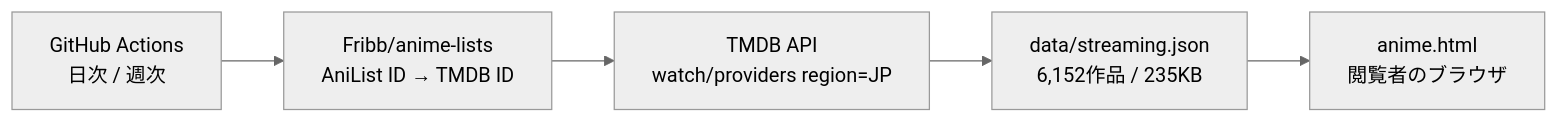
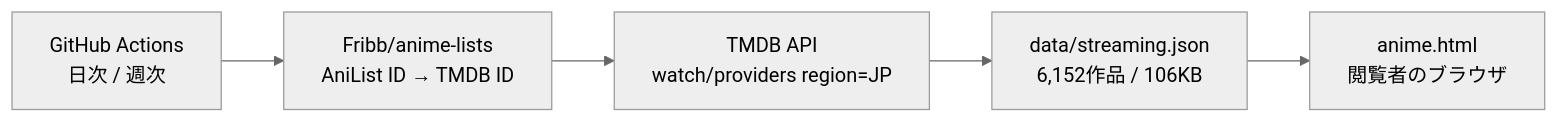
One commit to Naatlant/courdeck changed the diagram in README.ja.md. Above: the diagram before and after it, drawn with Mermaid (neutral theme). The commit also changed other lines of this file and 6 other files, not shown here.

````diff
--- a/README.ja.md
+++ b/README.ja.md
@@ -46,7 +46,7 @@
 ```mermaid
 flowchart LR
     A[GitHub Actions<br/>日次 / 週次] --> B[Fribb/anime-lists<br/>AniList ID → TMDB ID]
     B --> C[TMDB API<br/>watch/providers region=JP]
-    C --> D[data/streaming.json<br/>6,152作品 / 235KB]
+    C --> D[data/streaming.json<br/>6,152作品 / 106KB]
     D --> E[anime.html<br/>閲覧者のブラウザ]
 ```
````
